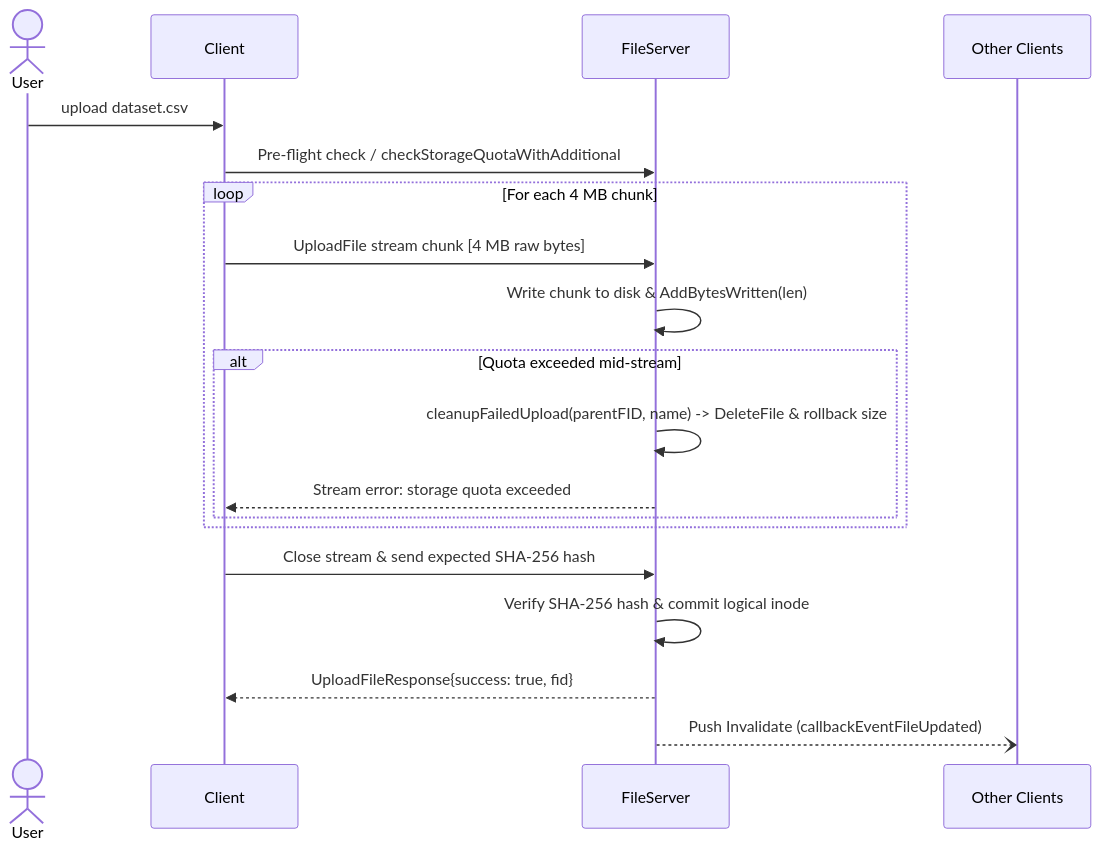
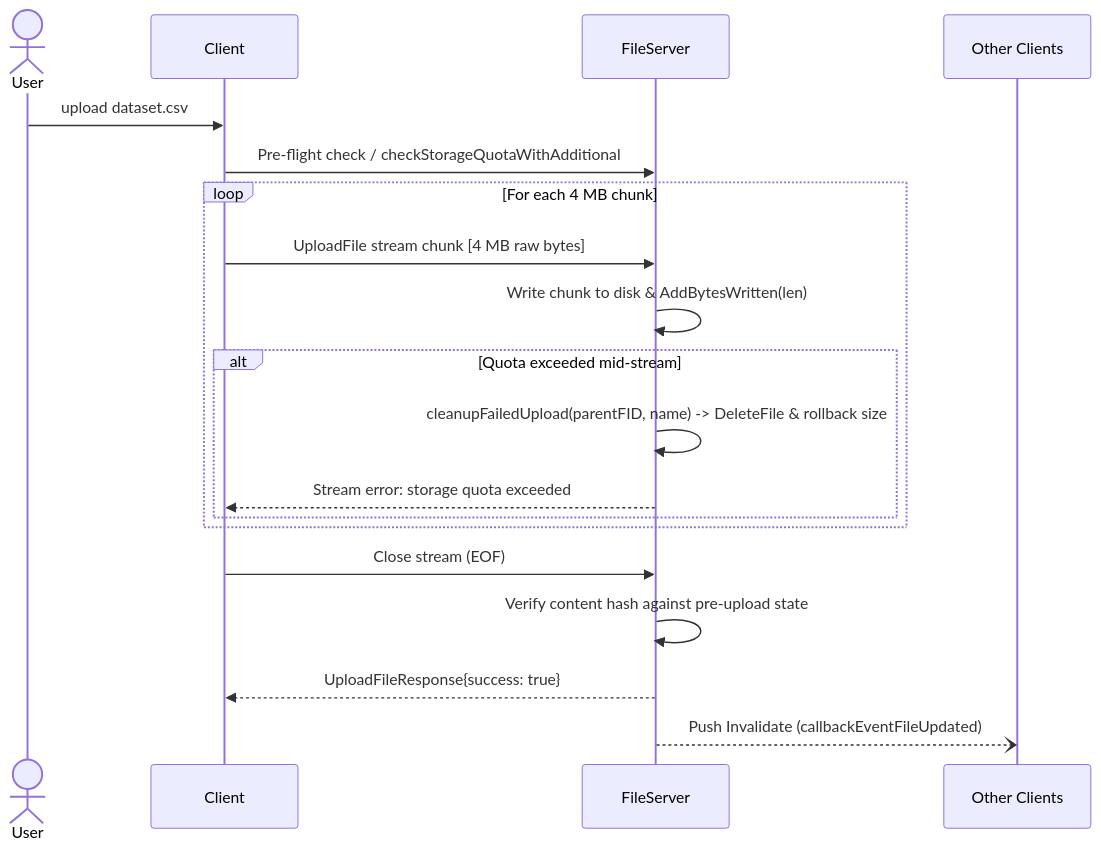
The third of 7 diagrams in docs/architecture.md (DVFS-IIT-Gandhinagar/Distributed-Virtual-File-System), drawn with Mermaid before and after one commit. The commit also changed other lines of this file and 41 other files, not shown here.

````diff
--- a/docs/architecture.md
+++ b/docs/architecture.md
@@ -169,21 +174,21 @@
 ```mermaid
 sequenceDiagram
     actor User
     participant CL as Client
     participant FS as FileServer
 
     User->>CL: upload dataset.csv
     CL->>FS: Pre-flight check / checkStorageQuotaWithAdditional
     loop For each 4 MB chunk
         CL->>FS: UploadFile stream chunk [4 MB raw bytes]
         FS->>FS: Write chunk to disk & AddBytesWritten(len)
         alt Quota exceeded mid-stream
             FS->>FS: cleanupFailedUpload(parentFID, name) -> DeleteFile & rollback size
             FS-->>CL: Stream error: storage quota exceeded
         end
     end
-    CL->>FS: Close stream & send expected SHA-256 hash
-    FS->>FS: Verify SHA-256 hash & commit logical inode
-    FS-->>CL: UploadFileResponse{success: true, fid}
+    CL->>FS: Close stream (EOF)
+    FS->>FS: Verify content hash against pre-upload state
+    FS-->>CL: UploadFileResponse{success: true}
     FS--)Other Clients: Push Invalidate (callbackEventFileUpdated)
 ```
````
